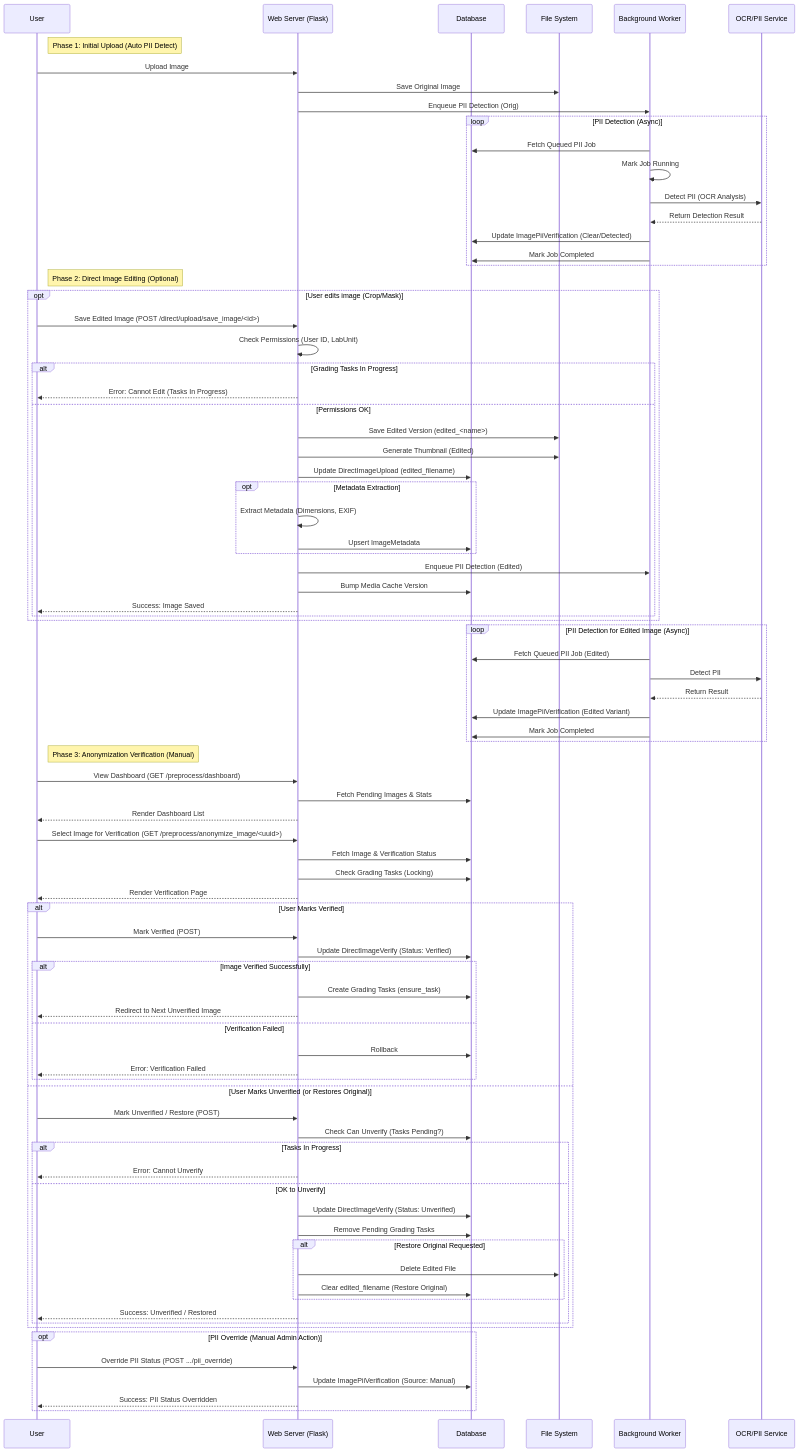
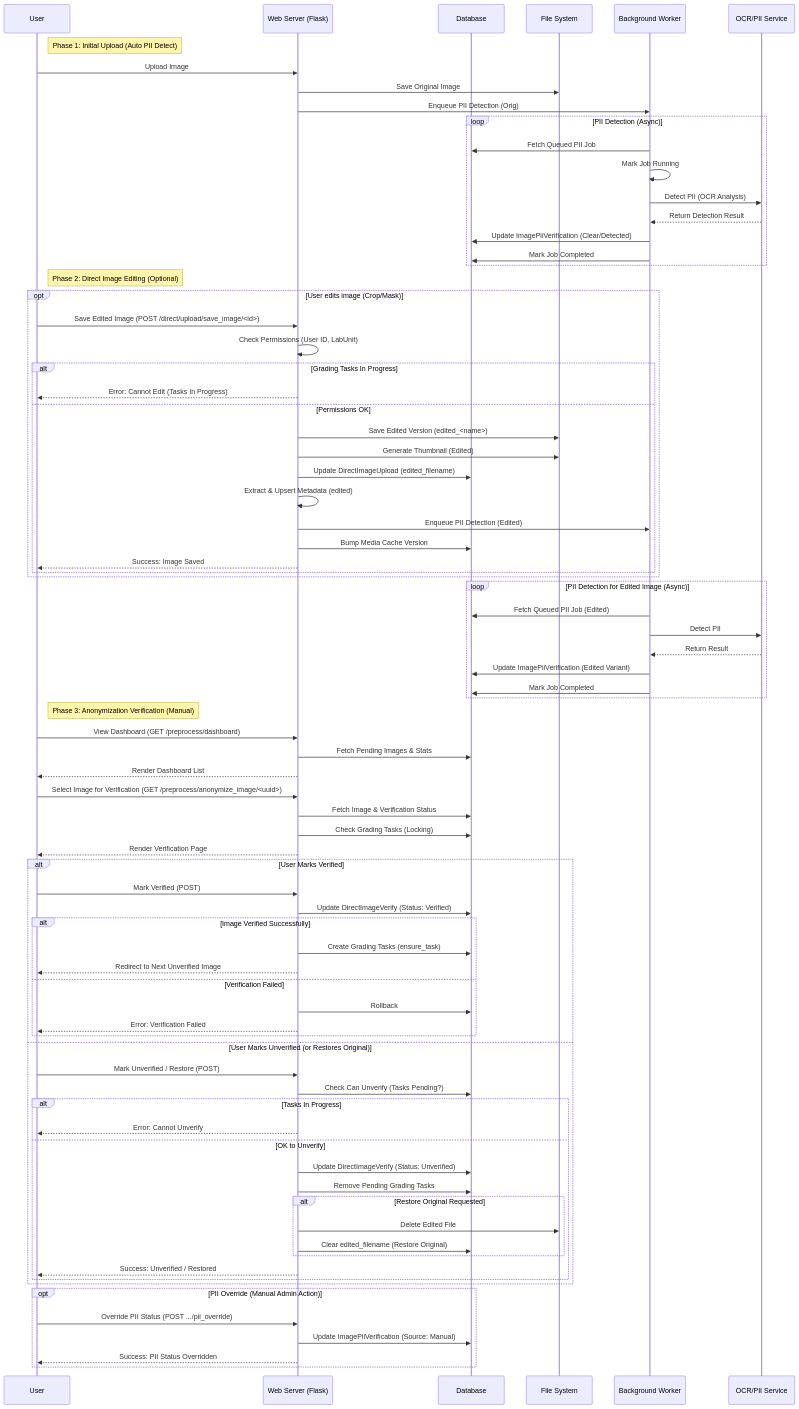
One commit to drguptavivek/fundus_img_xtract changed the diagram in docs/08-Workflow/05-Image_Editing_Preprocessing_Anonymization.md. Above: the diagram before and after it, drawn with Mermaid. The commit also changed other lines of this file and 9 other files, not shown here.

```diff
--- a/docs/08-Workflow/05-Image_Editing_Preprocessing_Anonymization.md
+++ b/docs/08-Workflow/05-Image_Editing_Preprocessing_Anonymization.md
@@ -37,11 +42,7 @@
             WebServer->>FileSys: Generate Thumbnail (Edited)
             WebServer->>DB: Update DirectImageUpload (edited_filename)
             
-            opt Metadata Extraction
-                WebServer->>WebServer: Extract Metadata (Dimensions, EXIF)
-                WebServer->>DB: Upsert ImageMetadata
-            end
-            
+            WebServer->>WebServer: Extract & Upsert Metadata (edited)
             WebServer->>Worker: Enqueue PII Detection (Edited)
             WebServer->>DB: Bump Media Cache Version
             WebServer-->>User: Success: Image Saved
```
